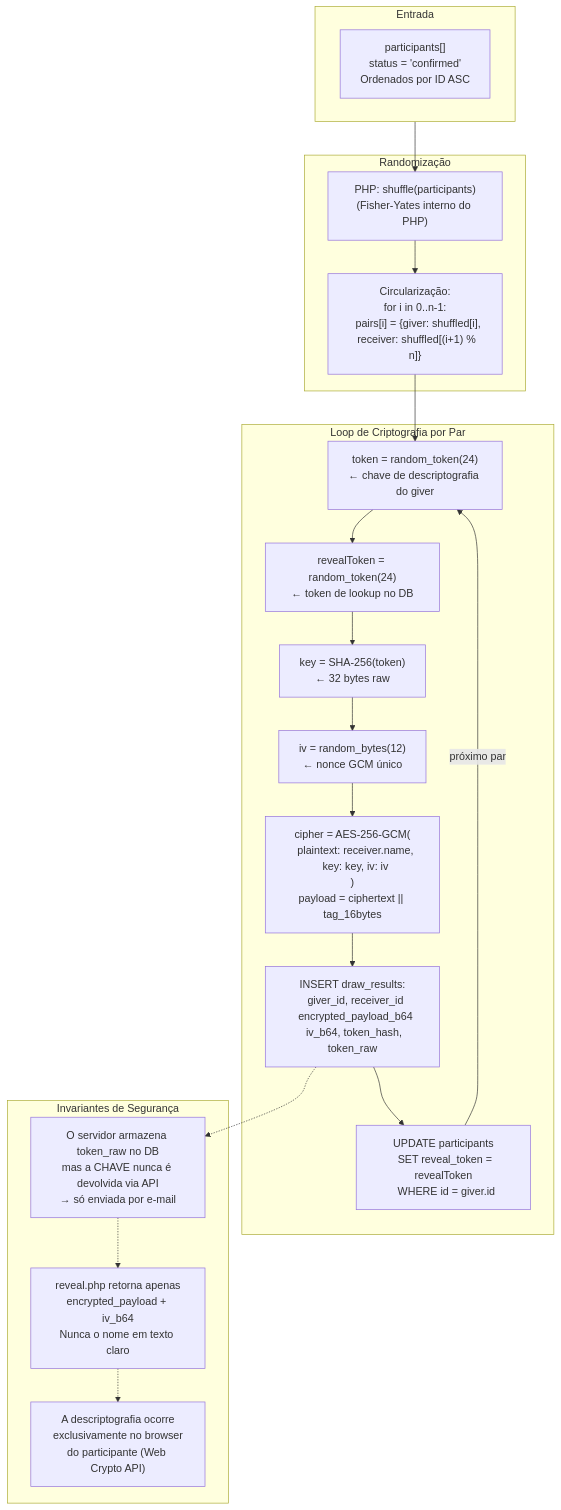
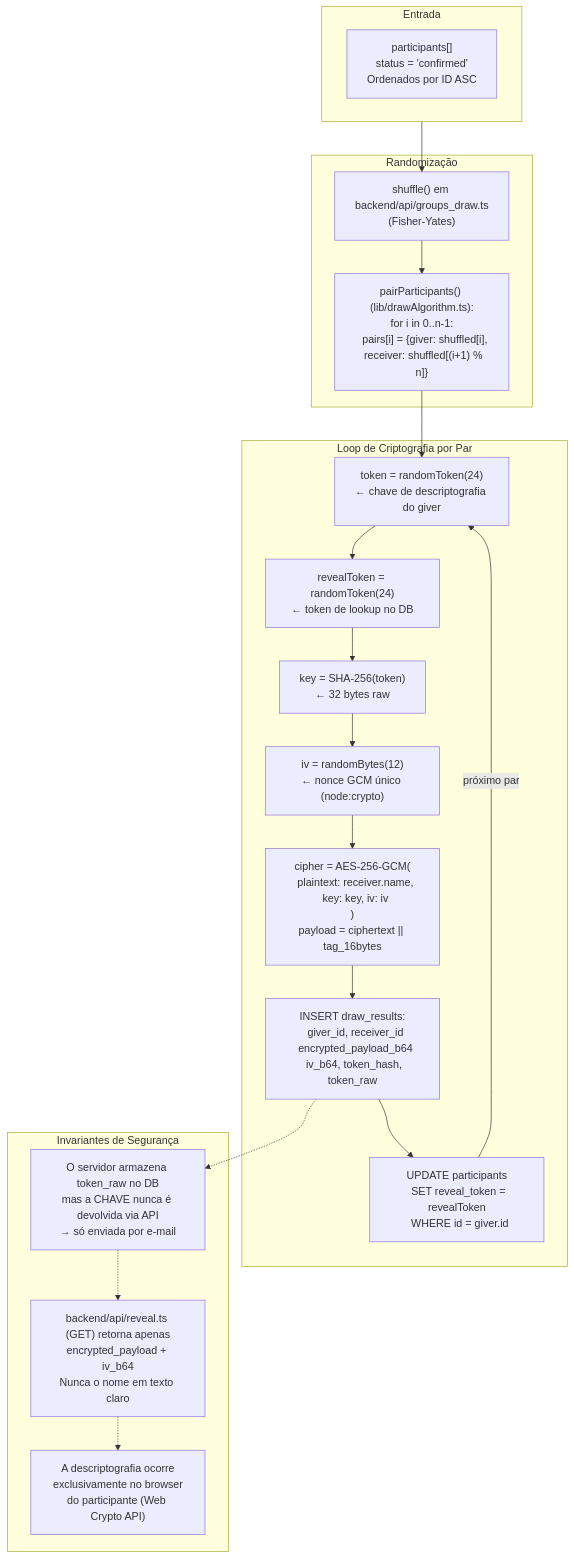
The third of 5 diagrams in docs/modules/juiz_sorteio.md (charines/AmigoSecreto), drawn with Mermaid before and after one commit. The commit also changed other lines of this file and 10 other files, not shown here.

````diff
--- a/docs/modules/juiz_sorteio.md
+++ b/docs/modules/juiz_sorteio.md
@@ -150,34 +150,34 @@
 ```mermaid
 flowchart TD
     subgraph INPUT["Entrada"]
         PARTS["participants[]\nstatus = 'confirmed'\nOrdenados por ID ASC"]
     end
 
     subgraph SHUFFLE["Randomização"]
-        SH1["PHP: shuffle(participants)\n(Fisher-Yates interno do PHP)"]
-        SH2["Circularização:\nfor i in 0..n-1:\n  pairs[i] = {giver: shuffled[i],\n  receiver: shuffled[(i+1) % n]}"]
+        SH1["shuffle() em backend/api/groups_draw.ts\n(Fisher-Yates)"]
+        SH2["pairParticipants() (lib/drawAlgorithm.ts):\nfor i in 0..n-1:\n  pairs[i] = {giver: shuffled[i],\n  receiver: shuffled[(i+1) % n]}"]
     end
 
     subgraph CRYPTO_LOOP["Loop de Criptografia por Par"]
-        C1["token = random_token(24)\n← chave de descriptografia do giver"]
-        C2["revealToken = random_token(24)\n← token de lookup no DB"]
+        C1["token = randomToken(24)\n← chave de descriptografia do giver"]
+        C2["revealToken = randomToken(24)\n← token de lookup no DB"]
         C3["key = SHA-256(token)\n← 32 bytes raw"]
-        C4["iv = random_bytes(12)\n← nonce GCM único"]
+        C4["iv = randomBytes(12)\n← nonce GCM único (node:crypto)"]
         C5["cipher = AES-256-GCM(\n  plaintext: receiver.name,\n  key: key, iv: iv\n)\npayload = ciphertext || tag_16bytes"]
         C6["INSERT draw_results:\n  giver_id, receiver_id\n  encrypted_payload_b64\n  iv_b64, token_hash, token_raw"]
         C7["UPDATE participants\n  SET reveal_token = revealToken\n  WHERE id = giver.id"]
     end
 
     subgraph INVARIANTS["Invariantes de Segurança"]
         INV1["O servidor armazena token_raw no DB\nmas a CHAVE nunca é devolvida via API\n→ só enviada por e-mail"]
-        INV2["reveal.php retorna apenas\nencrypted_payload + iv_b64\nNunca o nome em texto claro"]
+        INV2["backend/api/reveal.ts (GET) retorna apenas\nencrypted_payload + iv_b64\nNunca o nome em texto claro"]
         INV3["A descriptografia ocorre\nexclusivamente no browser\ndo participante (Web Crypto API)"]
     end
 
     INPUT --> SH1 --> SH2
     SH2 --> C1 --> C2 --> C3 --> C4 --> C5 --> C6 --> C7
     C7 -->|"próximo par"| C1
     C6 -.-> INV1
     INV1 -.-> INV2
     INV2 -.-> INV3
 ```
````
